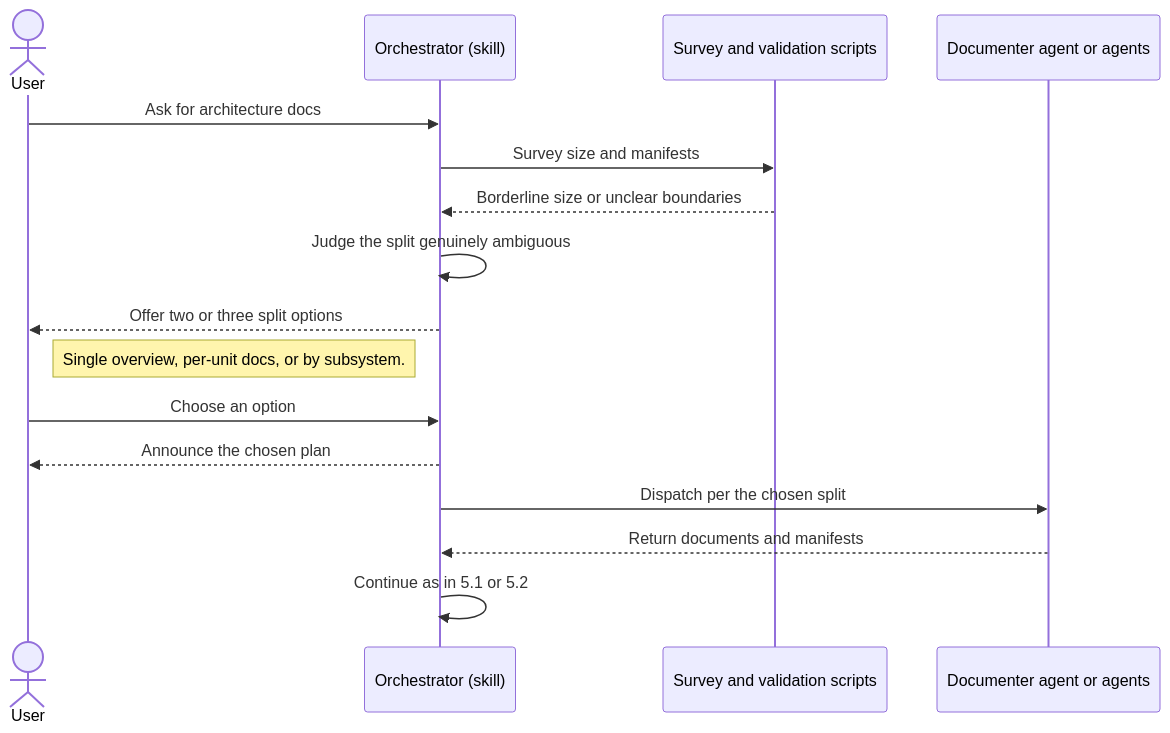
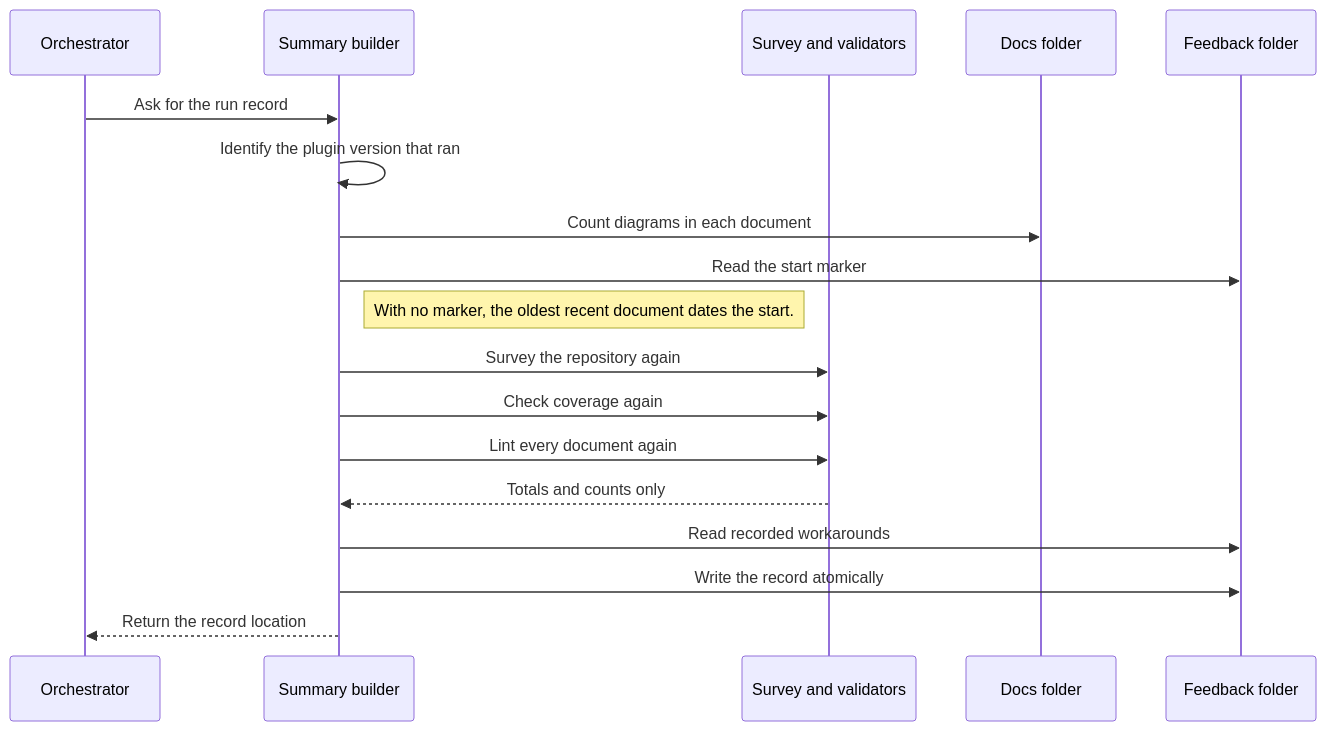
Diagram 12 of 16 in docs/architecture/arch-docs-tools.md (peterlit/quiller-claude-plugins), drawn with Mermaid before and after one commit. The commit also changed other lines of this file and 5 other files, not shown here.

````diff
--- a/docs/architecture/arch-docs-tools.md
+++ b/docs/architecture/arch-docs-tools.md
@@ -543,19 +863,21 @@
 ```mermaid
 sequenceDiagram
-  actor User
-  participant Orch as Orchestrator (skill)
-  participant Scripts as Survey and validation scripts
-  participant Det as Documenter agent or agents
+  participant Orch as Orchestrator
+  participant Builder as Summary builder
+  participant Checks as Survey and validators
+  participant Docs as Docs folder
+  participant Fb as Feedback folder
 
-  User->>Orch: Ask for architecture docs
-  Orch->>Scripts: Survey size and manifests
-  Scripts-->>Orch: Borderline size or unclear boundaries
-  Orch->>Orch: Judge the split genuinely ambiguous
-  Orch-->>User: Offer two or three split options
-  Note right of User: Single overview, per-unit docs, or by subsystem.
-  User->>Orch: Choose an option
-  Orch-->>User: Announce the chosen plan
-  Orch->>Det: Dispatch per the chosen split
-  Det-->>Orch: Return documents and manifests
-  Orch->>Orch: Continue as in 5.1 or 5.2
+  Orch->>Builder: Ask for the run record
+  Builder->>Builder: Identify the plugin version that ran
+  Builder->>Docs: Count diagrams in each document
+  Builder->>Fb: Read the start marker
+  Note right of Builder: With no marker, the oldest recent document dates the start.
+  Builder->>Checks: Survey the repository again
+  Builder->>Checks: Check coverage again
+  Builder->>Checks: Lint every document again
+  Checks-->>Builder: Totals and counts only
+  Builder->>Fb: Read recorded workarounds
+  Builder->>Fb: Write the record atomically
+  Builder-->>Orch: Return the record location
 ```
````
